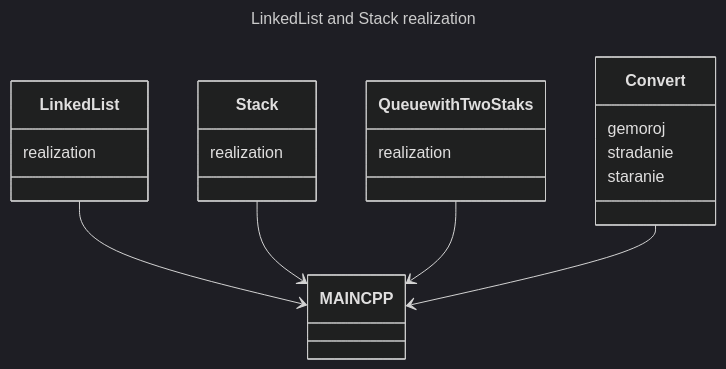
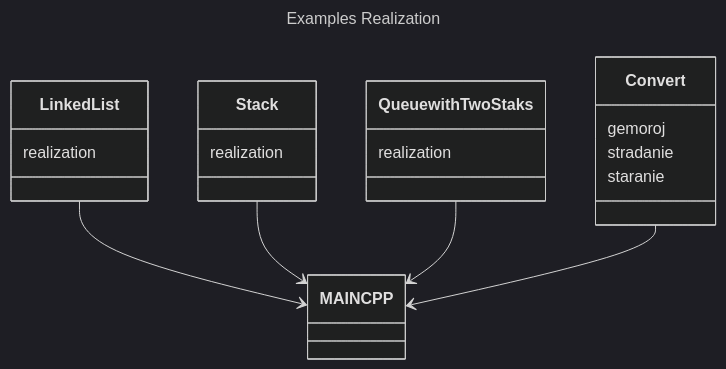
The diagram in README.md (alanarzumanjan/advanced_data_structures), drawn with Mermaid (dark theme) before and after one commit.

Commit message:
mark super sexy pony

````diff
--- a/README.md
+++ b/README.md
@@ -81,27 +81,27 @@
 ```mermaid
 ---
-title: LinkedList and Stack realization
+title: Examples Realization
 ---
 classDiagram
     class MAINCPP
 
     class LinkedList
     LinkedList : realization
 
     class Stack
     Stack : realization
 
     class QueuewithTwoStaks
     QueuewithTwoStaks : realization
 
     class Convert
     Convert : gemoroj
     Convert : stradanie
     Convert : staranie
 
     LinkedList --> MAINCPP
     Stack --> MAINCPP
     QueuewithTwoStaks --> MAINCPP
     Convert --> MAINCPP
 
 ```
````
